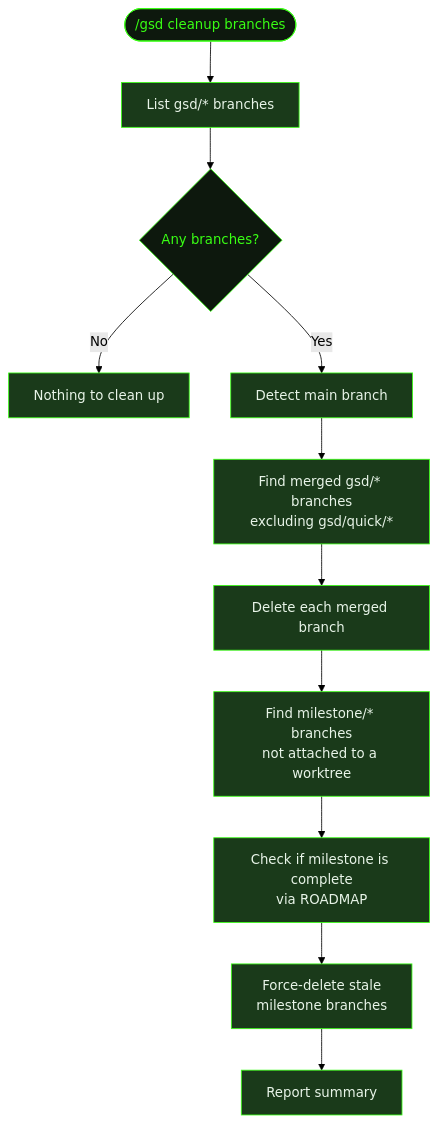
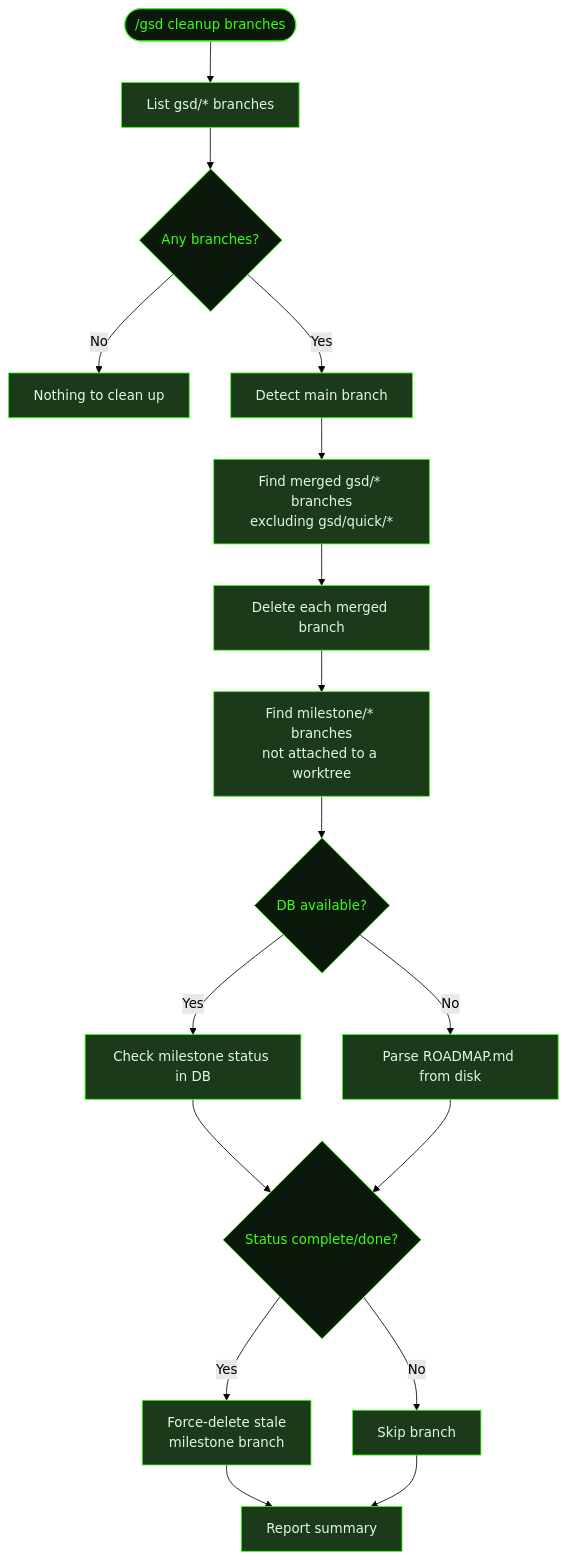
The first of 2 diagrams in src/content/docs/commands/cleanup.mdx (shusha-group/gsd2-guide), drawn with Mermaid (forest theme) before and after one commit. The commit also changed other lines of this file and 31 other files, not shown here.

````diff
--- a/src/content/docs/commands/cleanup.mdx
+++ b/src/content/docs/commands/cleanup.mdx
@@ -38,25 +38,35 @@
 ```mermaid
 flowchart TD
     A(["/gsd cleanup branches"]) --> B[List gsd/* branches]
     B --> C{Any branches?}
     C -- No --> D[Nothing to clean up]
     C -- Yes --> E[Detect main branch]
     E --> F[Find merged gsd/* branches<br/>excluding gsd/quick/*]
     F --> G[Delete each merged branch]
     G --> H[Find milestone/* branches<br/>not attached to a worktree]
-    H --> I[Check if milestone is complete<br/>via ROADMAP]
-    I --> J[Force-delete stale<br/>milestone branches]
-    J --> K[Report summary]
+    H --> I{DB available?}
+    I -- Yes --> J[Check milestone status in DB]
+    I -- No --> K[Parse ROADMAP.md from disk]
+    J --> L{Status complete/done?}
+    K --> L
+    L -- Yes --> M[Force-delete stale<br/>milestone branch]
+    L -- No --> N[Skip branch]
+    M --> O[Report summary]
+    N --> O
 
     style A fill:#0d180d,stroke:#39ff14,color:#39ff14
     style C fill:#0d180d,stroke:#39ff14,color:#39ff14
+    style I fill:#0d180d,stroke:#39ff14,color:#39ff14
+    style L fill:#0d180d,stroke:#39ff14,color:#39ff14
     style D fill:#1a3a1a,stroke:#39ff14,color:#e8f4e8
     style B fill:#1a3a1a,stroke:#39ff14,color:#e8f4e8
     style E fill:#1a3a1a,stroke:#39ff14,color:#e8f4e8
     style F fill:#1a3a1a,stroke:#39ff14,color:#e8f4e8
     style G fill:#1a3a1a,stroke:#39ff14,color:#e8f4e8
     style H fill:#1a3a1a,stroke:#39ff14,color:#e8f4e8
-    style I fill:#1a3a1a,stroke:#39ff14,color:#e8f4e8
     style J fill:#1a3a1a,stroke:#39ff14,color:#e8f4e8
     style K fill:#1a3a1a,stroke:#39ff14,color:#e8f4e8
+    style M fill:#1a3a1a,stroke:#39ff14,color:#e8f4e8
+    style N fill:#1a3a1a,stroke:#39ff14,color:#e8f4e8
+    style O fill:#1a3a1a,stroke:#39ff14,color:#e8f4e8
 ```
````
